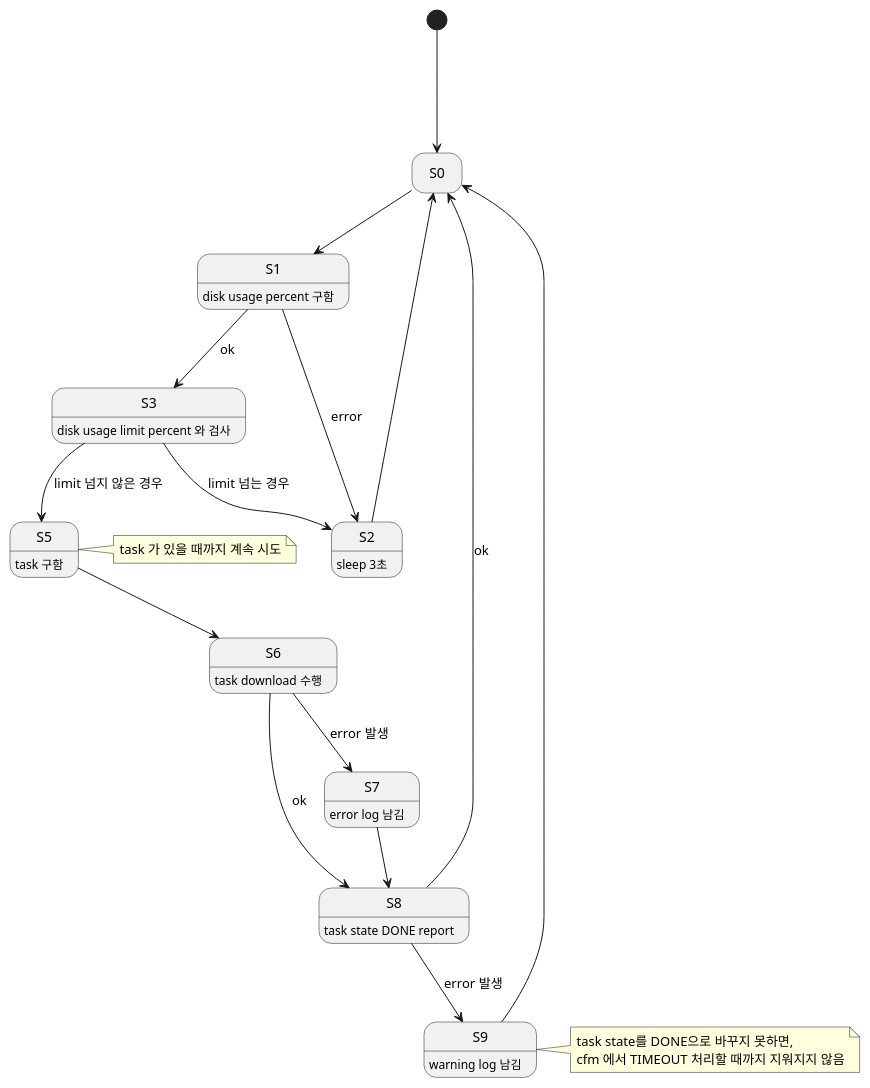
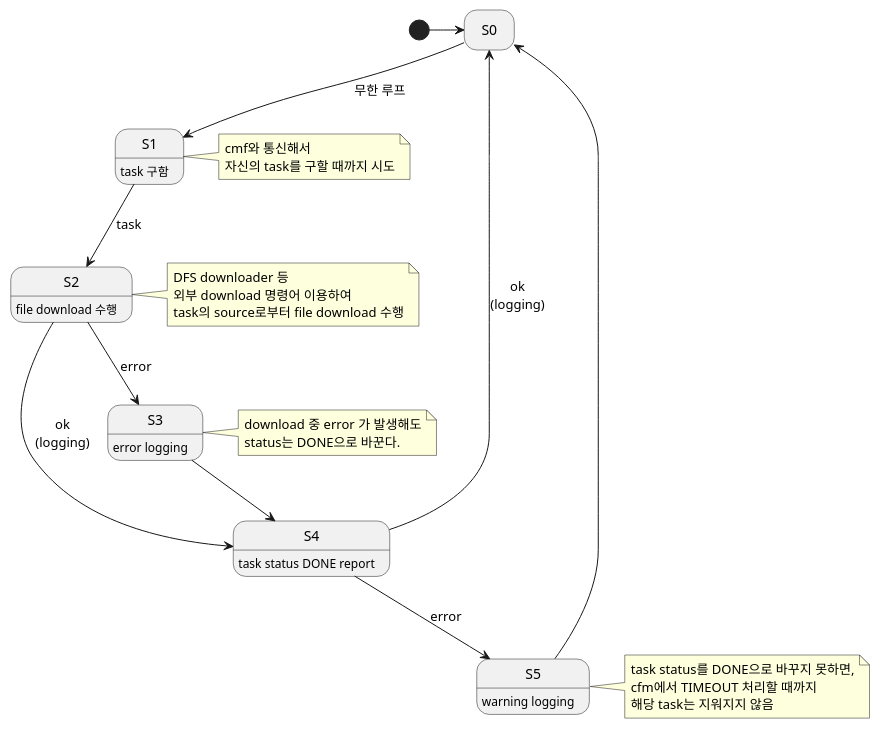
One commit to castisdev/cfw changed the first of 3 diagrams in doc/downloader_state.md. Above: the diagram before and after it, drawn with PlantUML. The commit also changed other lines of this file and 4 other files, not shown here.

````diff
--- a/doc/downloader_state.md
+++ b/doc/downloader_state.md
@@ -1,38 +3,38 @@
 ```plantuml
 hide empty description
 
-[*]--down-> S0
-S0 --> S1
-S1: disk usage percent 구함
-S1 --down-> S2 : error
-S2 : sleep 3초
-S2 --up-> S0
-
-S1 --> S3 : ok
-S3 : disk usage limit percent 와 검사
-
-S3 --> S2 : limit 넘는 경우
-S3 --> S5 : limit 넘지 않은 경우
-S5 : task 구함
+[*]-> S0
+S0 --> S1 : 무한 루프
+S1 : task 구함
 note right
-  task 가 있을 때까지 계속 시도
+  cmf와 통신해서
+  자신의 task를 구할 때까지 시도
 end note
-S5 --> S6
-S6 : task download 수행
-S6 --> S7 : error 발생
-S7: error log 남김
-
-S6 --> S8 : ok
-S7 --> S8
-S8 : task state DONE report
-S8 --> S9 : error 발생
-S9: warning log 남김
+S1 --> S2 : task
+S2 : file download 수행
+  note right
+    DFS downloader 등
+    외부 download 명령어 이용하여
+    task의 source로부터 file download 수행
+  end note
+S2 --> S3 : error
+S3: error logging
+  note right
+    download 중 error 가 발생해도
+    status는 DONE으로 바꾼다.
+  end note
+S2 --> S4 : ok\n(logging)
+S3 --> S4
+S4 : task status DONE report
+S4 --> S5 : error
+S5: warning logging
 note right
-  task state를 DONE으로 바꾸지 못하면,
-  cfm 에서 TIMEOUT 처리할 때까지 지워지지 않음
+  task status를 DONE으로 바꾸지 못하면,
+  cfm에서 TIMEOUT 처리할 때까지
+  해당 task는 지워지지 않음
 end note
 
-S9 --> S0
-S8 --> S0 : ok
+S5 --> S0
+S4 --> S0 : ok\n(logging)
 
 ```
````
